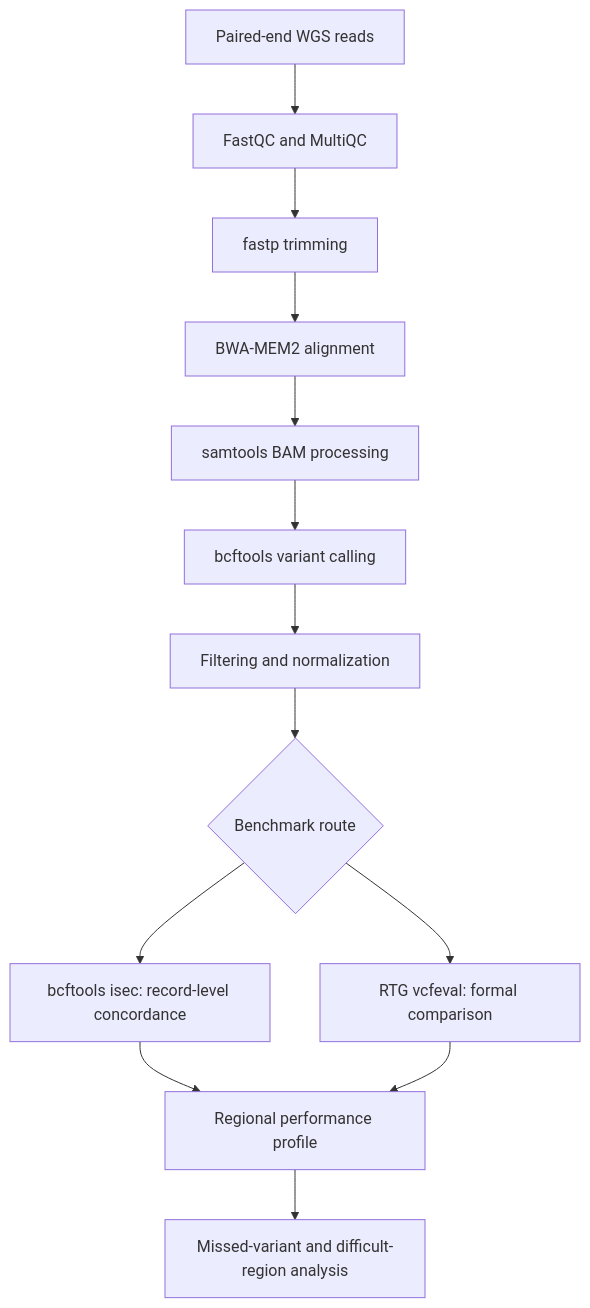
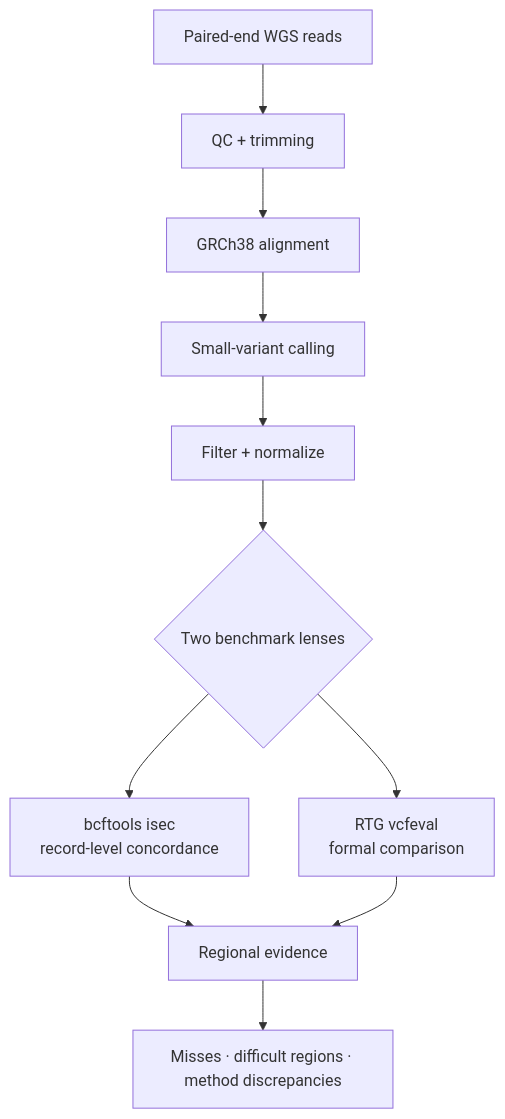
The first of 2 diagrams in README.md (Rita1791/Benchmark-aware-WGS-preventive-genomics), drawn with Mermaid before and after one commit. The commit also changed other lines of this file, not shown here.

````diff
--- a/README.md
+++ b/README.md
@@ -51,15 +79,13 @@
 ```mermaid
-flowchart TD
-    A[Paired-end WGS reads] --> B[FastQC and MultiQC]
-    B --> C[fastp trimming]
-    C --> D[BWA-MEM2 alignment]
-    D --> E[samtools BAM processing]
-    E --> F[bcftools variant calling]
-    F --> G[Filtering and normalization]
-    G --> H{Benchmark route}
-    H --> I[bcftools isec: record-level concordance]
-    H --> J[RTG vcfeval: formal comparison]
-    I --> K[Regional performance profile]
-    J --> K
-    K --> L[Missed-variant and difficult-region analysis]
+flowchart TB
+    A["Paired-end WGS reads"] --> B["QC + trimming"]
+    B --> C["GRCh38 alignment"]
+    C --> D["Small-variant calling"]
+    D --> E["Filter + normalize"]
+    E --> F{"Two benchmark lenses"}
+    F --> G["bcftools isec<br/>record-level concordance"]
+    F --> H["RTG vcfeval<br/>formal comparison"]
+    G --> I["Regional evidence"]
+    H --> I
+    I --> J["Misses · difficult regions · method discrepancies"]
 ```
````
